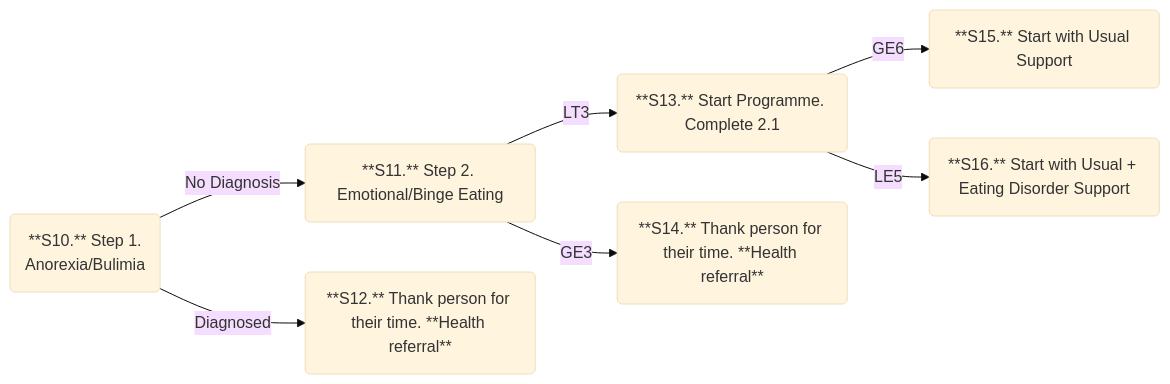
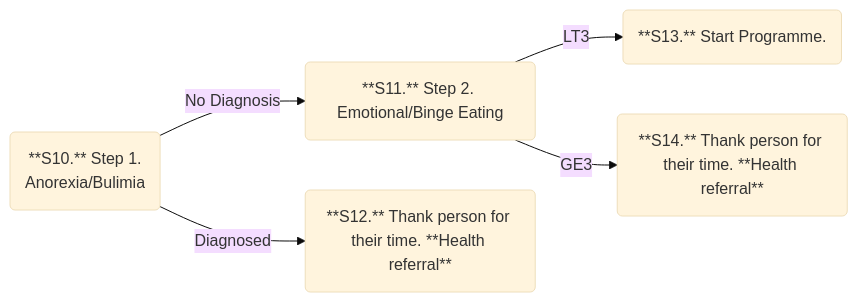
Before and after one commit to sh-publichealth/info-hub: the fifth of 10 diagrams in site/our-work/tmr/visits/participant-flow.qmd, drawn with Mermaid (base theme). The commit also changed other lines of this file and 13 other files, not shown here.

````diff
--- a/site/our-work/tmr/visits/participant-flow.qmd
+++ b/site/our-work/tmr/visits/participant-flow.qmd
@@ -155,24 +156,19 @@
 ```{mermaid}
 %%| label: fig-mermaid-flowchart5
 %%| fig-cap: TMR Screening Visit. Part 3 - Eating Disorder Check
 %%| fig-alt: screening visit, drawn using Mermaid.
 flowchart LR
 
 S10(**S10.** Step 1.<br/>Anorexia/Bulimia)
 S11(**S11.** Step 2. Emotional/Binge Eating)
 S12(**S12.** Thank person for their time. **Health referral**)
-S13(**S13.** Start Programme. Complete 2.1)
+S13(**S13.** Start Programme.)
 S14(**S14.** Thank person for their time. **Health referral**)
-S15(**S15.** Start with Usual Support)
-S16(**S16.** Start with Usual + Eating Disorder Support)
 
 S10 -- No Diagnosis --> S11
 S10 -- Diagnosed --> S12
 
 S11 -- LT3 --> S13
 S11 -- GE3 --> S14
 
-S13 --GE6 --> S15
-S13 --LE5 --> S16
-
 ```
````
